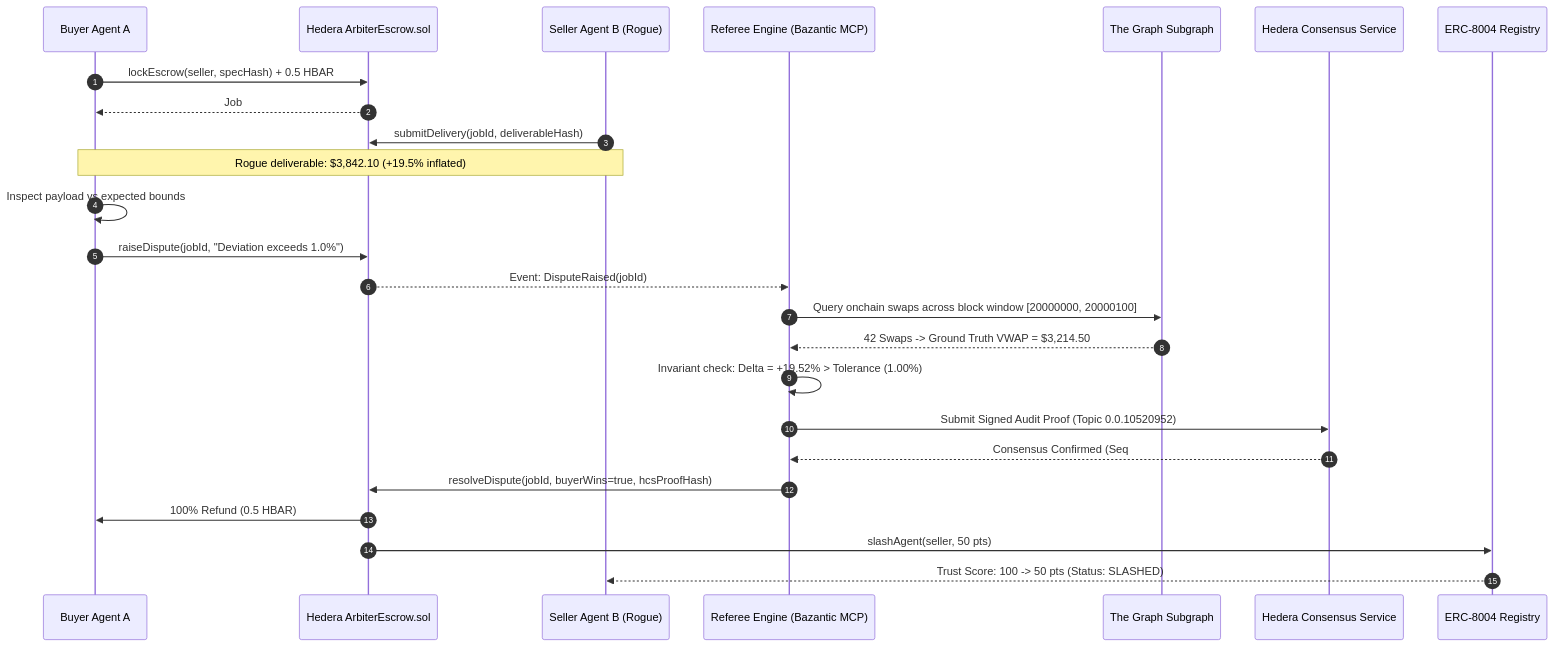
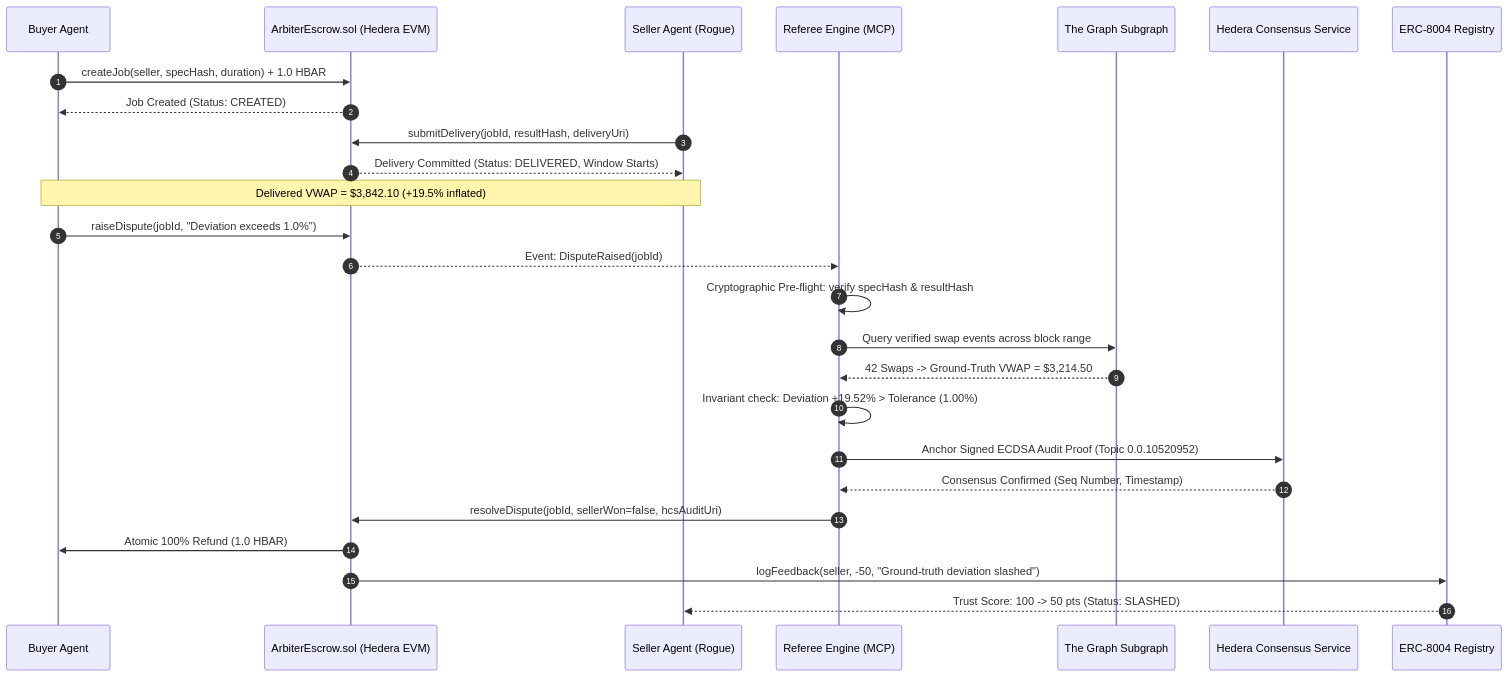
Before and after one commit to Blockspade/Arbiter402: the second of 2 diagrams in README.md, drawn with Mermaid. The commit also changed other lines of this file, not shown here.

Commit message:
docs: upgrade README with protocol architecture, value proposition, and interface specifications

````diff
--- a/README.md
+++ b/README.md
@@ -149,28 +183,29 @@
 ```mermaid
 sequenceDiagram
     autonumber
-    participant Buyer as Buyer Agent A
-    participant Escrow as Hedera ArbiterEscrow.sol
-    participant Seller as Seller Agent B (Rogue)
-    participant Referee as Referee Engine (Bazantic MCP)
+    participant Buyer as Buyer Agent
+    participant Escrow as ArbiterEscrow.sol (Hedera EVM)
+    participant Seller as Seller Agent (Rogue)
+    participant Referee as Referee Engine (MCP)
     participant TheGraph as The Graph Subgraph
     participant HCS as Hedera Consensus Service
     participant Registry as ERC-8004 Registry
 
-    Buyer->>Escrow: lockEscrow(seller, specHash) + 0.5 HBAR
-    Escrow-->>Buyer: Job #1 Created (Challenge Window: 300s)
-    Seller->>Escrow: submitDelivery(jobId, deliverableHash)
-    Note over Seller,Buyer: Rogue deliverable: $3,842.10 (+19.5% inflated)
-    Buyer->>Buyer: Inspect payload vs expected bounds
+    Buyer->>Escrow: createJob(seller, specHash, duration) + 1.0 HBAR
+    Escrow-->>Buyer: Job Created (Status: CREATED)
+    Seller->>Escrow: submitDelivery(jobId, resultHash, deliveryUri)
+    Escrow-->>Seller: Delivery Committed (Status: DELIVERED, Window Starts)
+    Note over Buyer,Seller: Delivered VWAP = $3,842.10 (+19.5% inflated)
     Buyer->>Escrow: raiseDispute(jobId, "Deviation exceeds 1.0%")
     Escrow-->>Referee: Event: DisputeRaised(jobId)
-    Referee->>TheGraph: Query onchain swaps across block window [20000000, 20000100]
-    TheGraph-->>Referee: 42 Swaps -> Ground Truth VWAP = $3,214.50
-    Referee->>Referee: Invariant check: Delta = +19.52% > Tolerance (1.00%)
-    Referee->>HCS: Submit Signed Audit Proof (Topic 0.0.10520952)
-    HCS-->>Referee: Consensus Confirmed (Seq #2, Timestamp)
-    Referee->>Escrow: resolveDispute(jobId, buyerWins=true, hcsProofHash)
-    Escrow->>Buyer: 100% Refund (0.5 HBAR)
-    Escrow->>Registry: slashAgent(seller, 50 pts)
+    Referee->>Referee: Cryptographic Pre-flight: verify specHash & resultHash
+    Referee->>TheGraph: Query verified swap events across block range
+    TheGraph-->>Referee: 42 Swaps -> Ground-Truth VWAP = $3,214.50
+    Referee->>Referee: Invariant check: Deviation +19.52% > Tolerance (1.00%)
+    Referee->>HCS: Anchor Signed ECDSA Audit Proof (Topic 0.0.10520952)
+    HCS-->>Referee: Consensus Confirmed (Seq Number, Timestamp)
+    Referee->>Escrow: resolveDispute(jobId, sellerWon=false, hcsAuditUri)
+    Escrow->>Buyer: Atomic 100% Refund (1.0 HBAR)
+    Escrow->>Registry: logFeedback(seller, -50, "Ground-truth deviation slashed")
     Registry-->>Seller: Trust Score: 100 -> 50 pts (Status: SLASHED)
 ```
````
